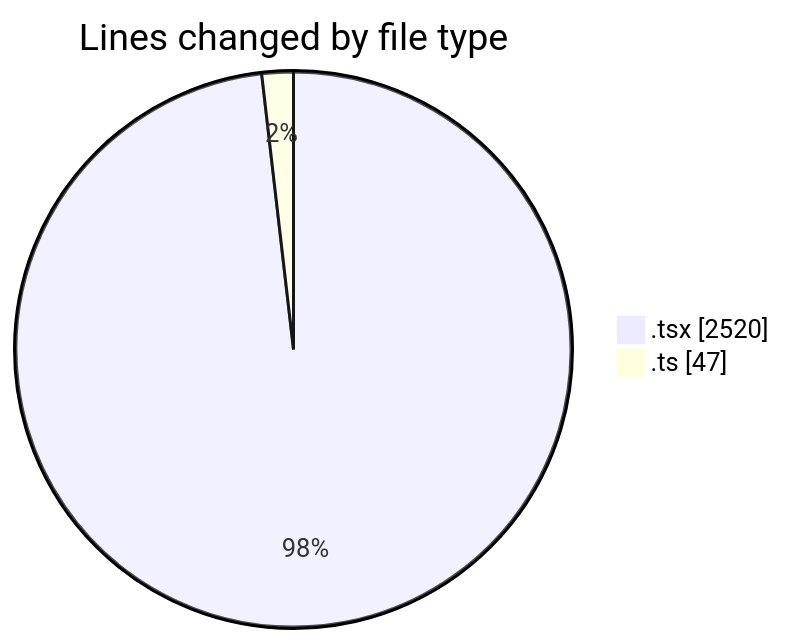
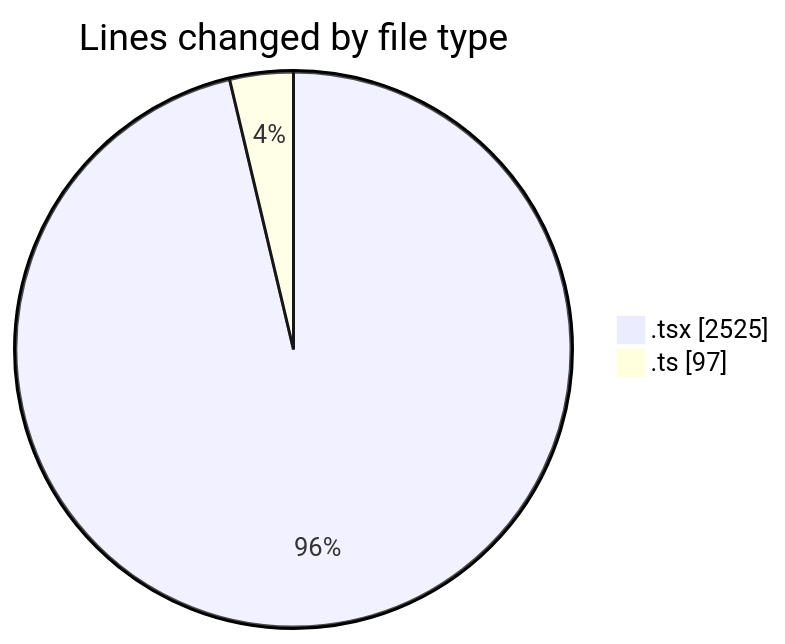
One commit to momahboobian/code-tracking changed the first of 2 diagrams in 2025-09-23/cda/README.md. Above: the diagram before and after it, drawn with Mermaid. The commit also changed other lines of this file and 1 other file, not shown here.

````diff
--- a/2025-09-23/cda/README.md
+++ b/2025-09-23/cda/README.md
@@ -23,6 +24,6 @@
 ```mermaid
 pie showData
 title Lines changed by file type
-".tsx" : 2520
-".ts" : 47
+".tsx" : 2525
+".ts" : 97
 ```
````
